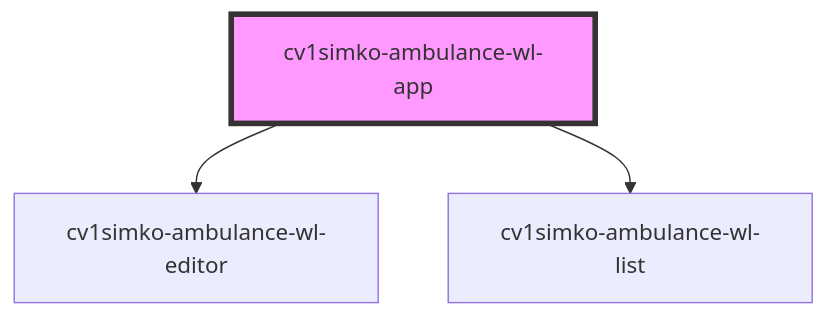
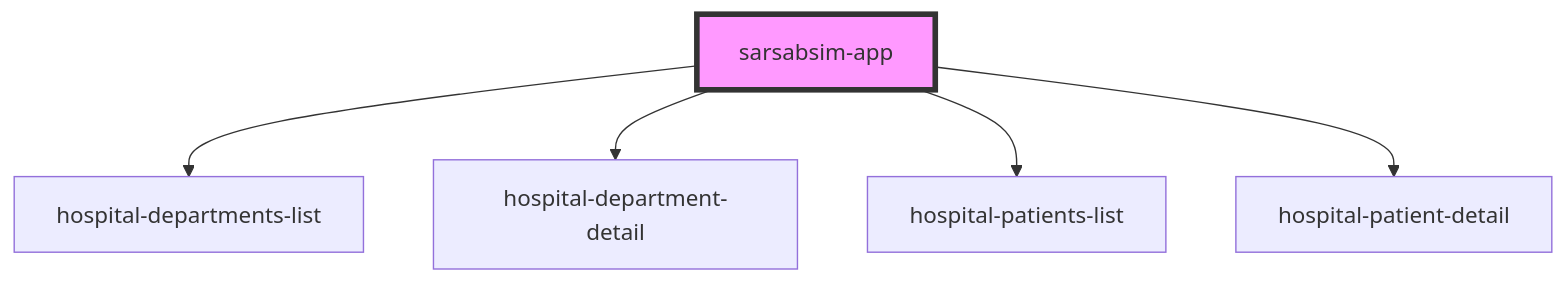
The diagram in src/components/sarsabsim-app/readme.md (JSimko4/sarsabsim-ufe), drawn with Mermaid before and after one commit. The commit also changed other lines of this file and 19 other files, not shown here.

````diff
--- a/src/components/sarsabsim-app/readme.md
+++ b/src/components/sarsabsim-app/readme.md
@@ -23,6 +18,8 @@
 ```mermaid
 graph TD;
-  cv1simko-ambulance-wl-app --> cv1simko-ambulance-wl-editor
-  cv1simko-ambulance-wl-app --> cv1simko-ambulance-wl-list
-  style cv1simko-ambulance-wl-app fill:#f9f,stroke:#333,stroke-width:4px
+  sarsabsim-app --> hospital-departments-list
+  sarsabsim-app --> hospital-department-detail
+  sarsabsim-app --> hospital-patients-list
+  sarsabsim-app --> hospital-patient-detail
+  style sarsabsim-app fill:#f9f,stroke:#333,stroke-width:4px
 ```
````
